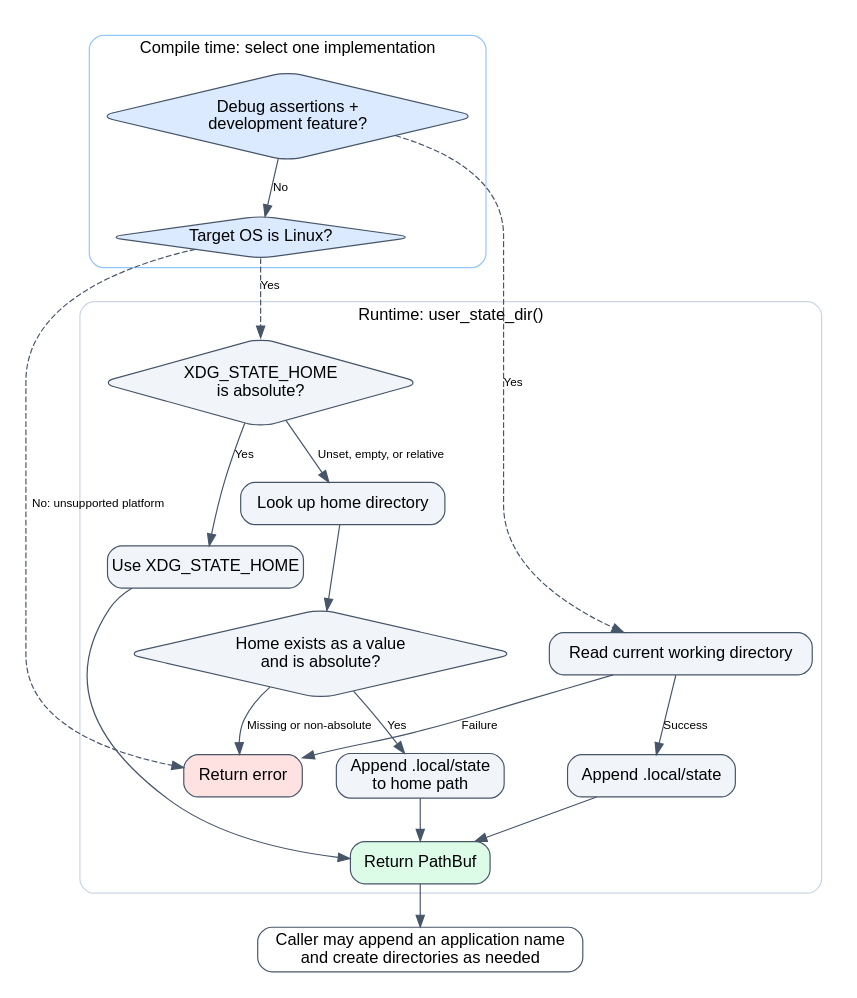
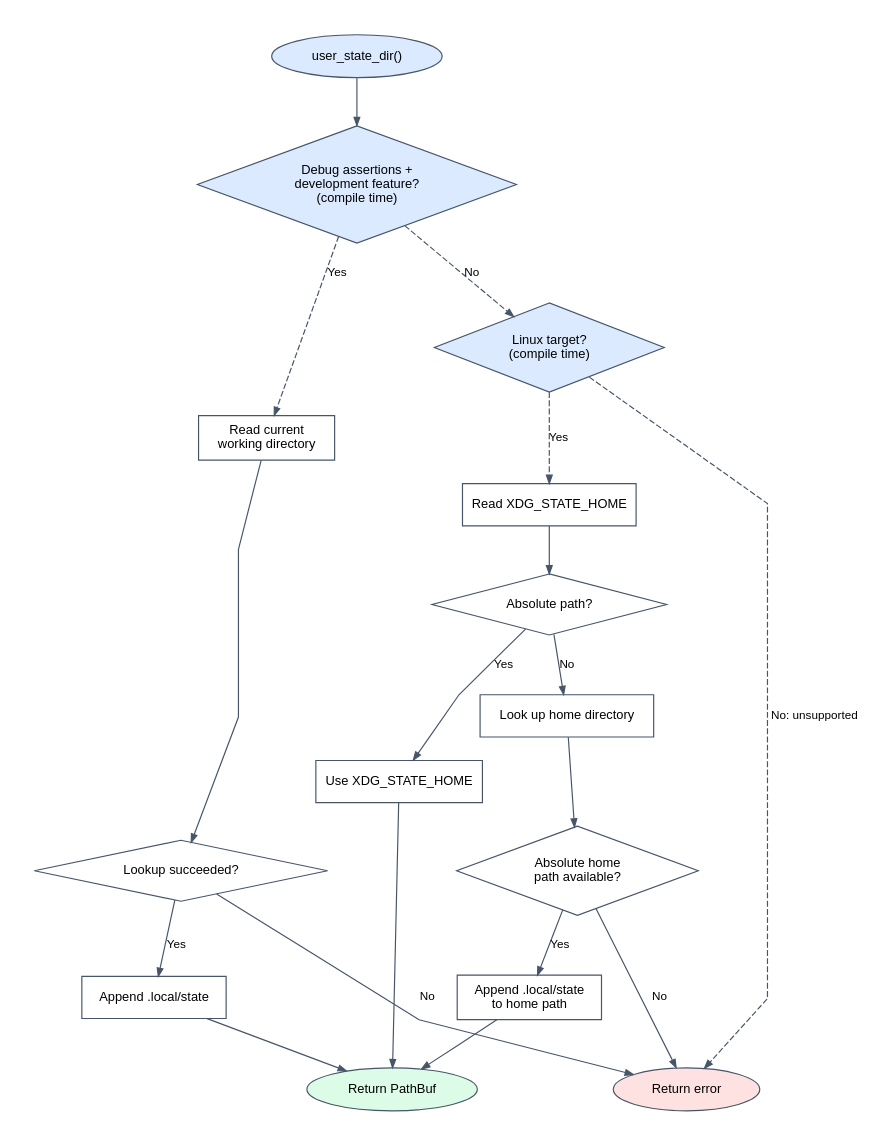
Before and after one commit to chessvaultdotapp/chessvault: the diagram in crates/platform-dirs/docs/resolution.dot, drawn with Graphviz. The commit also changed 2 other files, not shown here.

Commit message:
[docs][platform-dirs] Use standard flowchart styling for resolution diagram

```diff
--- a/crates/platform-dirs/docs/resolution.dot
+++ b/crates/platform-dirs/docs/resolution.dot
@@ -1,49 +1,45 @@
 digraph resolution {
-    graph [bgcolor="white", pad="0.2", nodesep="0.4", ranksep="0.5"];
-    node [shape=box, style="rounded,filled", fillcolor="#f1f5f9", color="#475569", fontname="sans-serif"];
-    edge [color="#475569", fontname="sans-serif", fontsize=10];
+    graph [rankdir=TB, bgcolor="white", pad="0.3", nodesep="0.5", ranksep="0.55", splines=polyline];
+    node [shape=box, style=filled, fillcolor="#ffffff", color="#475569", fontname="sans-serif", fontsize=11, margin="0.16,0.10"];
+    edge [color="#475569", fontname="sans-serif", fontsize=10, arrowsize=0.7];
 
-    subgraph cluster_compile {
-        label="Compile time: select one implementation";
-        fontname="sans-serif";
-        color="#93c5fd";
-        style=rounded;
-        select [shape=diamond, label="Debug assertions +\ndevelopment feature?", fillcolor="#dbeafe"];
-        platform [shape=diamond, label="Target OS is Linux?", fillcolor="#dbeafe"];
-        select -> platform [label="No"];
-    }
+    start [shape=oval, label="user_state_dir()", fillcolor="#dbeafe"];
+    select [shape=diamond, label="Debug assertions +\ndevelopment feature?\n(compile time)", fillcolor="#dbeafe"];
+    platform [shape=diamond, label="Linux target?\n(compile time)", fillcolor="#dbeafe"];
 
-    subgraph cluster_runtime {
-        label="Runtime: user_state_dir()";
-        fontname="sans-serif";
-        color="#cbd5e1";
-        style=rounded;
-        cwd [label="Read current working directory"];
-        local [label="Append .local/state"];
-        xdg [shape=diamond, label="XDG_STATE_HOME\nis absolute?"];
-        use_xdg [label="Use XDG_STATE_HOME"];
-        home [label="Look up home directory"];
-        valid_home [shape=diamond, label="Home exists as a value\nand is absolute?"];
-        fallback [label="Append .local/state\nto home path"];
-        error [label="Return error", fillcolor="#fee2e2"];
-        result [label="Return PathBuf", fillcolor="#dcfce7"];
+    cwd [label="Read current\nworking directory"];
+    cwd_ok [shape=diamond, label="Lookup succeeded?"];
+    local [label="Append .local/state"];
 
-        cwd -> local [label="Success"];
-        cwd -> error [label="Failure"];
-        local -> result;
-        xdg -> use_xdg [label="Yes"];
-        xdg -> home [label="Unset, empty, or relative"];
-        use_xdg -> result;
-        home -> valid_home;
-        valid_home -> fallback [label="Yes"];
-        valid_home -> error [label="Missing or non-absolute"];
-        fallback -> result;
-    }
+    read_xdg [label="Read XDG_STATE_HOME"];
+    xdg [shape=diamond, label="Absolute path?"];
+    use_xdg [label="Use XDG_STATE_HOME"];
+    home [label="Look up home directory"];
+    valid_home [shape=diamond, label="Absolute home\npath available?"];
+    fallback [label="Append .local/state\nto home path"];
 
+    error [shape=oval, label="Return error", fillcolor="#fee2e2"];
+    result [shape=oval, label="Return PathBuf", fillcolor="#dcfce7"];
+
+    start -> select;
     select -> cwd [label="Yes", style=dashed];
-    platform -> xdg [label="Yes", style=dashed];
-    platform -> error [label="No: unsupported platform", style=dashed];
+    select -> platform [label="No", style=dashed];
+    platform -> read_xdg [label="Yes", style=dashed];
+    platform -> error [label="No: unsupported", style=dashed];
 
-    caller [label="Caller may append an application name\nand create directories as needed", fillcolor="#ffffff"];
-    result -> caller;
+    cwd -> cwd_ok;
+    cwd_ok -> local [label="Yes"];
+    cwd_ok -> error [label="No"];
+    local -> result;
+
+    read_xdg -> xdg;
+    xdg -> use_xdg [label="Yes"];
+    xdg -> home [label="No"];
+    use_xdg -> result;
+    home -> valid_home;
+    valid_home -> fallback [label="Yes"];
+    valid_home -> error [label="No"];
+    fallback -> result;
+
+    { rank=same; result; error; }
 }
```
